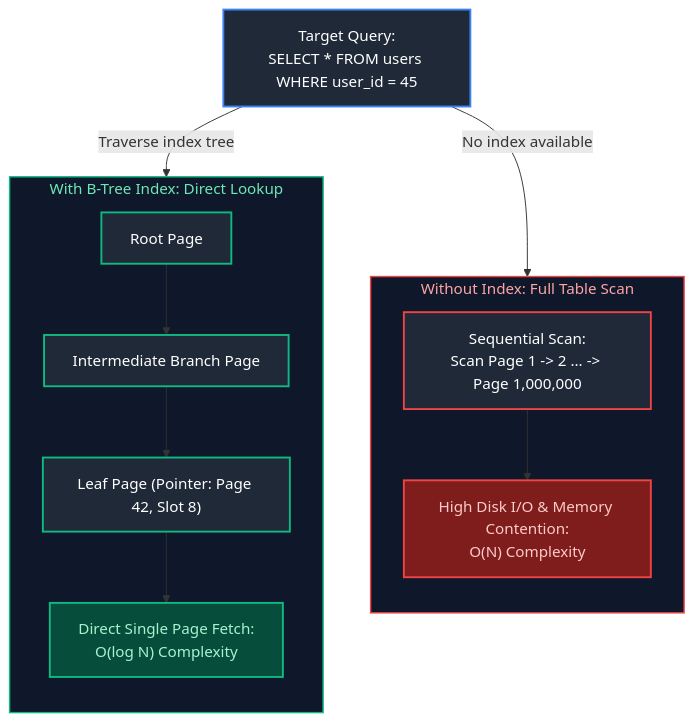
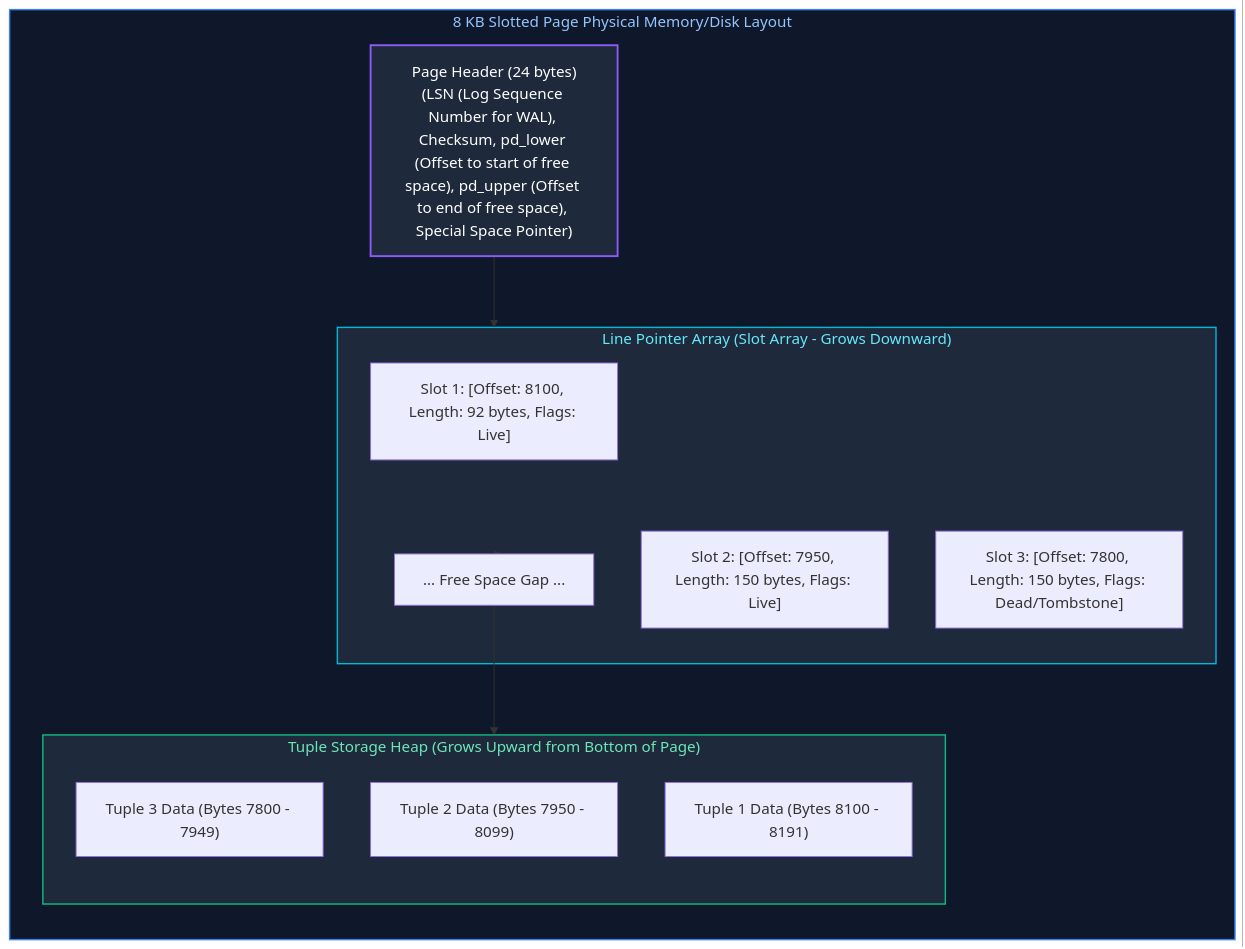
Before and after one commit to joydeep-biswas/Interview-Preparation: the sixth of 23 diagrams in Data Engineering/04_database_internals_and_performance.md, drawn with Mermaid. The commit also changed other lines of this file and 143 other files, not shown here.

````diff
--- a/Data Engineering/04_database_internals_and_performance.md
+++ b/Data Engineering/04_database_internals_and_performance.md
@@ -582,30 +367,30 @@
 ```mermaid
 flowchart TD
-    Query["Target Query:<br/>SELECT * FROM users WHERE user_id = 45"]
-    
-    subgraph Without_Index ["Without Index: Full Table Scan"]
-        direction TB
-        Scan["Sequential Scan:<br/>Scan Page 1 -> 2 ... -> Page 1,000,000"] --> CostHigh["High Disk I/O & Memory Contention:<br/>O(N) Complexity"]
-    end
-    
-    subgraph With_Index ["With B-Tree Index: Direct Lookup"]
-        direction TB
-        Root["Root Page"] --> Branch["Intermediate Branch Page"]
-        Branch --> Leaf["Leaf Page (Pointer: Page 42, Slot 8)"]
-        Leaf --> Fetch["Direct Single Page Fetch:<br/>O(log N) Complexity"]
+    subgraph SlottedPage ["8 KB Slotted Page Physical Memory/Disk Layout"]
+        direction TD
+        Header["Page Header (24 bytes)<br/>(LSN (Log Sequence Number for WAL), Checksum, pd_lower (Offset to start of free space), pd_upper (Offset to end of free space), Special Space Pointer)"]
+        
+        subgraph LinePointers ["Line Pointer Array (Slot Array - Grows Downward)"]
+            LP1["Slot 1: [Offset: 8100, Length: 92 bytes, Flags: Live]"]
+            LP2["Slot 2: [Offset: 7950, Length: 150 bytes, Flags: Live]"]
+            LP3["Slot 3: [Offset: 7800, Length: 150 bytes, Flags: Dead/Tombstone]"]
+            LPN["... Free Space Gap ..."]
+        end
+
+        subgraph TupleHeap ["Tuple Storage Heap (Grows Upward from Bottom of Page)"]
+            direction TD
+            T3["Tuple 3 Data (Bytes 7800 - 7949)"]
+            T2["Tuple 2 Data (Bytes 7950 - 8099)"]
+            T1["Tuple 1 Data (Bytes 8100 - 8191)"]
+        end
+
+        Header --> LinePointers
+        LinePointers --> LPN
+        LPN --> TupleHeap
     end
 
-    Query -->|"No index available"| Scan
-    Query -->|"Traverse index tree"| Root
-
-    style Without_Index fill:#0f172a,stroke:#ef4444,stroke-width:1.5px,color:#fca5a5
-    style With_Index fill:#0f172a,stroke:#10b981,stroke-width:1.5px,color:#6ee7b7
-
-    style Query fill:#1f2937,stroke:#3b82f6,stroke-width:2px,color:#fff
-    style Scan fill:#1f2937,stroke:#ef4444,stroke-width:2px,color:#fff
-    style CostHigh fill:#7f1d1d,stroke:#ef4444,stroke-width:2px,color:#fecaca
-    style Root fill:#1f2937,stroke:#10b981,stroke-width:2px,color:#fff
-    style Branch fill:#1f2937,stroke:#10b981,stroke-width:2px,color:#fff
-    style Leaf fill:#1f2937,stroke:#10b981,stroke-width:2px,color:#fff
-    style Fetch fill:#064e3b,stroke:#10b981,stroke-width:2px,color:#a7f3d0
+    style SlottedPage fill:#0f172a,stroke:#3b82f6,stroke-width:1.5px,color:#93c5fd
+    style Header fill:#1e293b,stroke:#8b5cf6,stroke-width:2px,color:#fff
+    style LinePointers fill:#1e293b,stroke:#06b6d4,stroke-width:1.5px,color:#67e8f9
+    style TupleHeap fill:#1e293b,stroke:#10b981,stroke-width:1.5px,color:#6ee7b7
 ```
````
